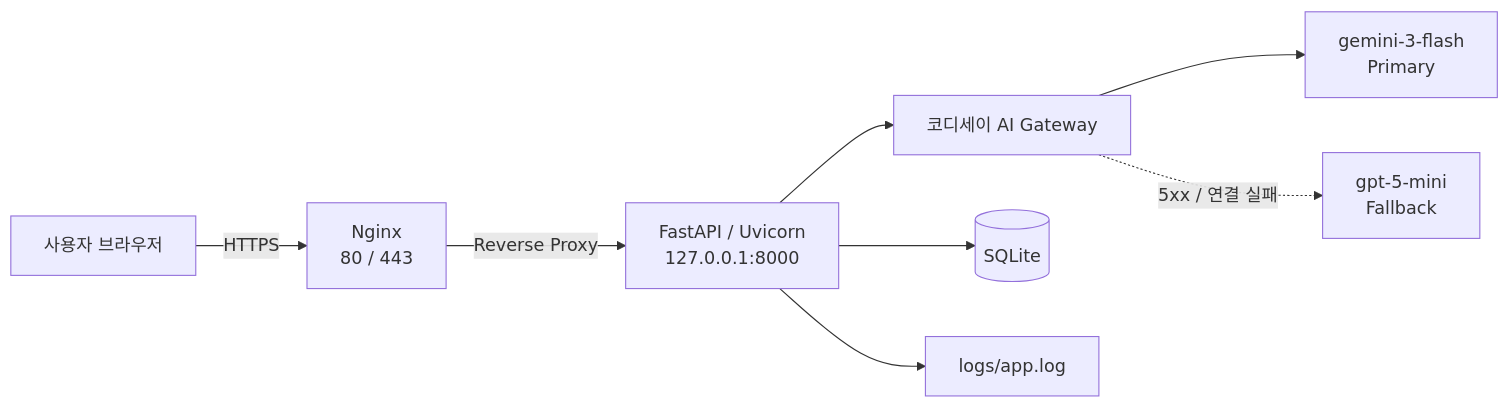
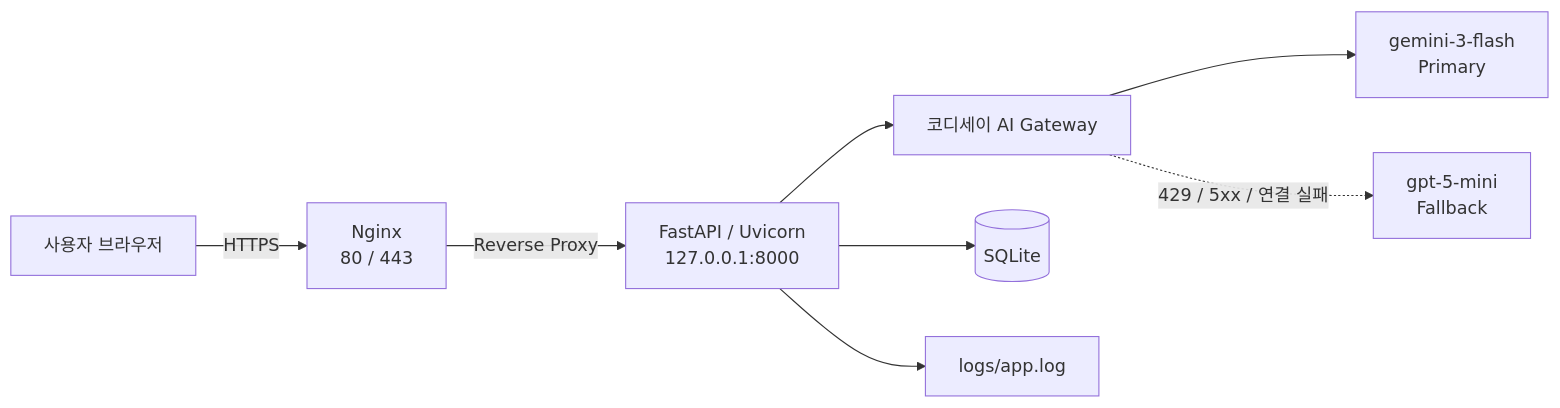
The first of 3 diagrams in README.md (cody-b7/cody_chatbot), drawn with Mermaid before and after one commit. The commit also changed other lines of this file and 1 other file, not shown here.

````diff
--- a/README.md
+++ b/README.md
@@ -33,21 +33,21 @@
 ```mermaid
 flowchart LR
     U[사용자 브라우저]
     N[Nginx<br/>80 / 443]
     F[FastAPI / Uvicorn<br/>127.0.0.1:8000]
     A[코디세이 AI Gateway]
     P[gemini-3-flash<br/>Primary]
     FB[gpt-5-mini<br/>Fallback]
     D[(SQLite)]
     L[logs/app.log]
 
     U -->|HTTPS| N
     N -->|Reverse Proxy| F
 
     F --> A
     A --> P
-    A -. 5xx / 연결 실패 .-> FB
+    A -. 429 / 5xx / 연결 실패 .-> FB
 
     F --> D
     F --> L
 ```
````
